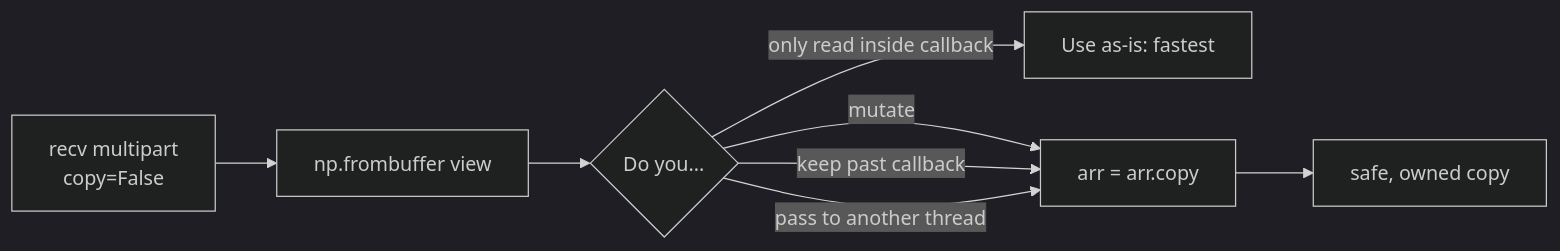
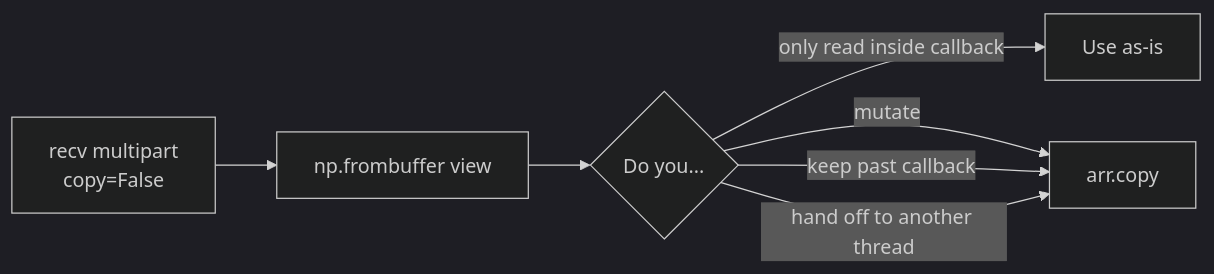
The diagram in docs/tutorials/numpy-and-images.md (sudoRicheek/cortex), drawn with Mermaid (dark theme) before and after one commit. The commit also changed other lines of this file and 89 other files, not shown here.

````diff
--- a/docs/tutorials/numpy-and-images.md
+++ b/docs/tutorials/numpy-and-images.md
@@ -59,10 +57,9 @@
 ```mermaid
 flowchart LR
     A[recv multipart<br/>copy=False] --> B[np.frombuffer view]
     B --> C{Do you...}
-    C -->|only read inside callback| OK[Use as-is: fastest]
-    C -->|mutate| CP[arr = arr.copy]
+    C -->|only read inside callback| OK[Use as-is]
+    C -->|mutate| CP[arr.copy]
     C -->|keep past callback| CP
-    C -->|pass to another thread| CP
-    CP --> Safe[safe, owned copy]
+    C -->|hand off to another thread| CP
 ```
````
